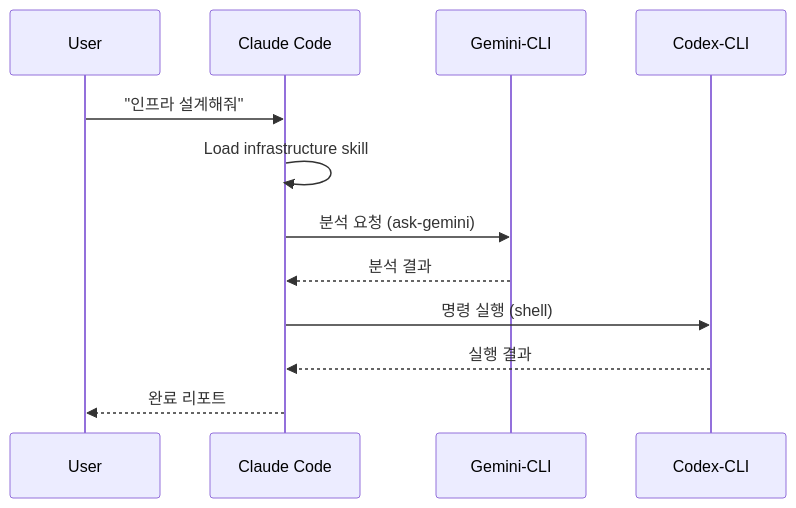
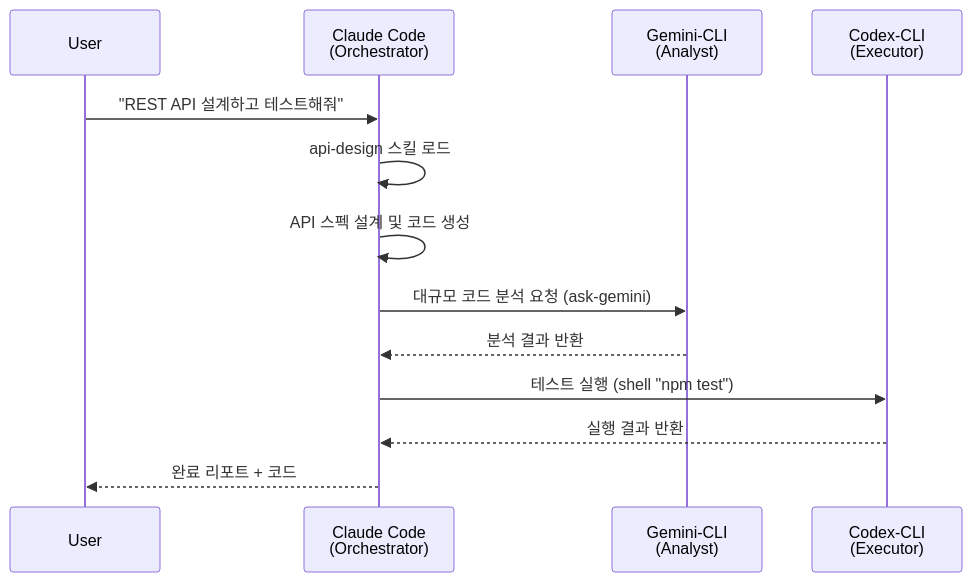
One commit to supercent-io/skills-template changed the sixth of 6 diagrams in README.md. Above: the diagram before and after it, drawn with Mermaid. The commit also changed other lines of this file and 2 other files, not shown here.

````diff
--- a/README.md
+++ b/README.md
@@ -266,15 +271,16 @@
 ```mermaid
 sequenceDiagram
     participant U as User
-    participant CC as Claude Code
-    participant GC as Gemini-CLI
-    participant CX as Codex-CLI
+    participant CC as Claude Code<br/>(Orchestrator)
+    participant GC as Gemini-CLI<br/>(Analyst)
+    participant CX as Codex-CLI<br/>(Executor)
 
-    U->>CC: "인프라 설계해줘"
-    CC->>CC: Load infrastructure skill
-    CC->>GC: 분석 요청 (ask-gemini)
-    GC-->>CC: 분석 결과
-    CC->>CX: 명령 실행 (shell)
-    CX-->>CC: 실행 결과
-    CC-->>U: 완료 리포트
+    U->>CC: "REST API 설계하고 테스트해줘"
+    CC->>CC: api-design 스킬 로드
+    CC->>CC: API 스펙 설계 및 코드 생성
+    CC->>GC: 대규모 코드 분석 요청 (ask-gemini)
+    GC-->>CC: 분석 결과 반환
+    CC->>CX: 테스트 실행 (shell "npm test")
+    CX-->>CC: 실행 결과 반환
+    CC-->>U: 완료 리포트 + 코드
 ```
````
